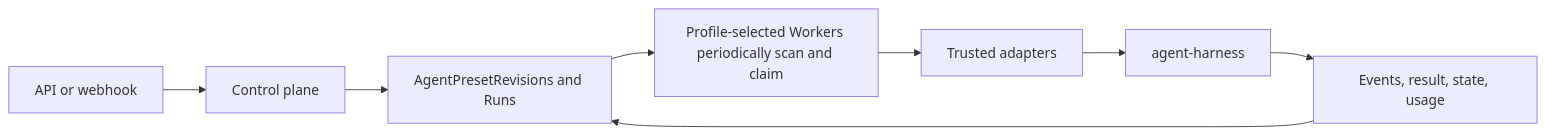
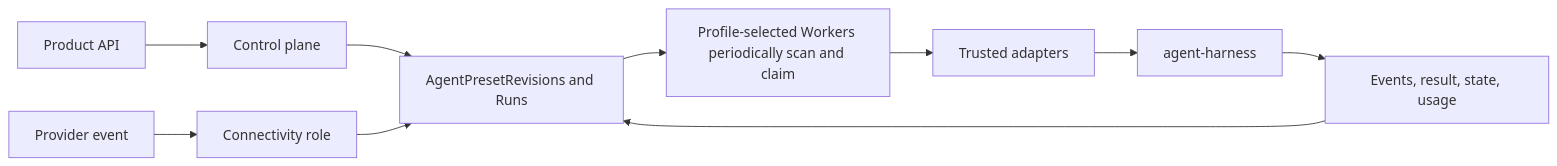
Before and after one commit to converge-ai-labs/agent-foundation: the second of 4 diagrams in spec/README.md, drawn with Mermaid. The commit also changed other lines of this file and 26 other files, not shown here.

First line of the commit message:
docs(connectivity): define Foundation connectivity architecture

````diff
--- a/spec/README.md
+++ b/spec/README.md
@@ -207,10 +196,11 @@
 ```mermaid
 flowchart LR
-    Ingress[API or webhook] --> Control[Control plane]
-    Control --> Durable[AgentPresetRevisions and Runs]
+    API[Product API] --> Control[Control plane]
+    Provider[Provider event] --> Connectivity[Connectivity role]
+    Control & Connectivity --> Durable[AgentPresetRevisions and Runs]
     Durable --> Worker[Profile-selected Workers periodically scan and claim]
     Worker --> Reconstruct[Trusted adapters]
     Reconstruct --> Harness[agent-harness]
     Harness --> Candidate[Events, result, state, usage]
     Candidate --> Durable
 ```
````
